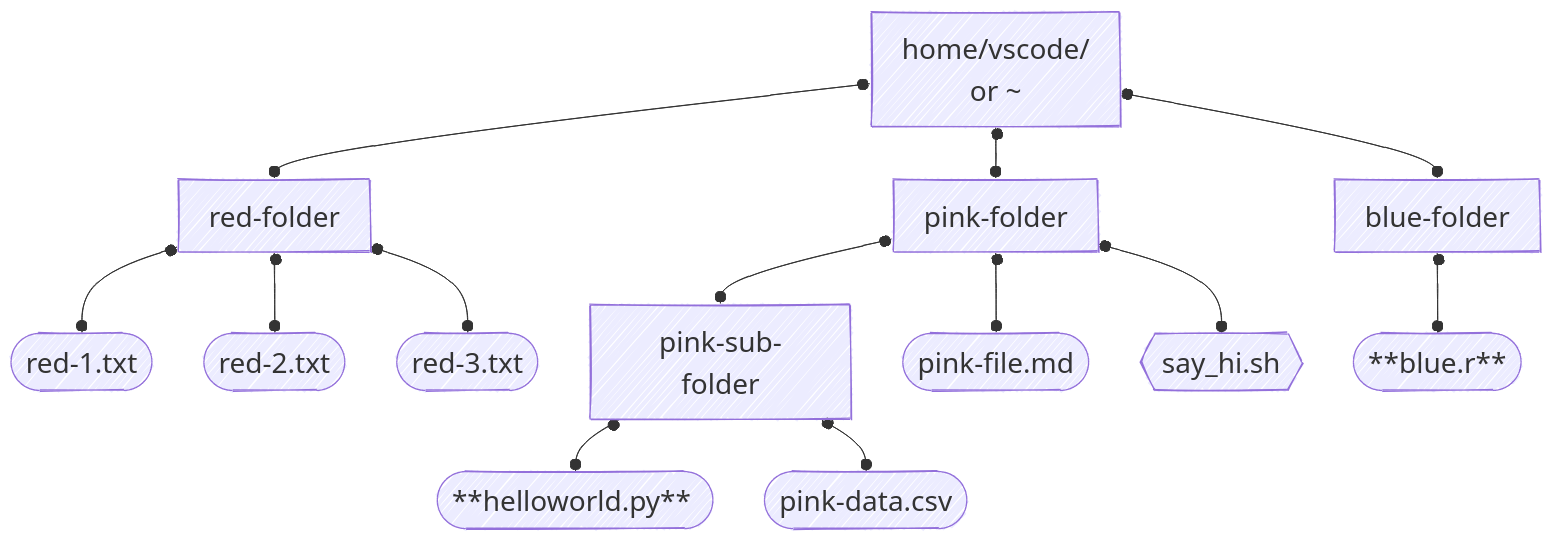
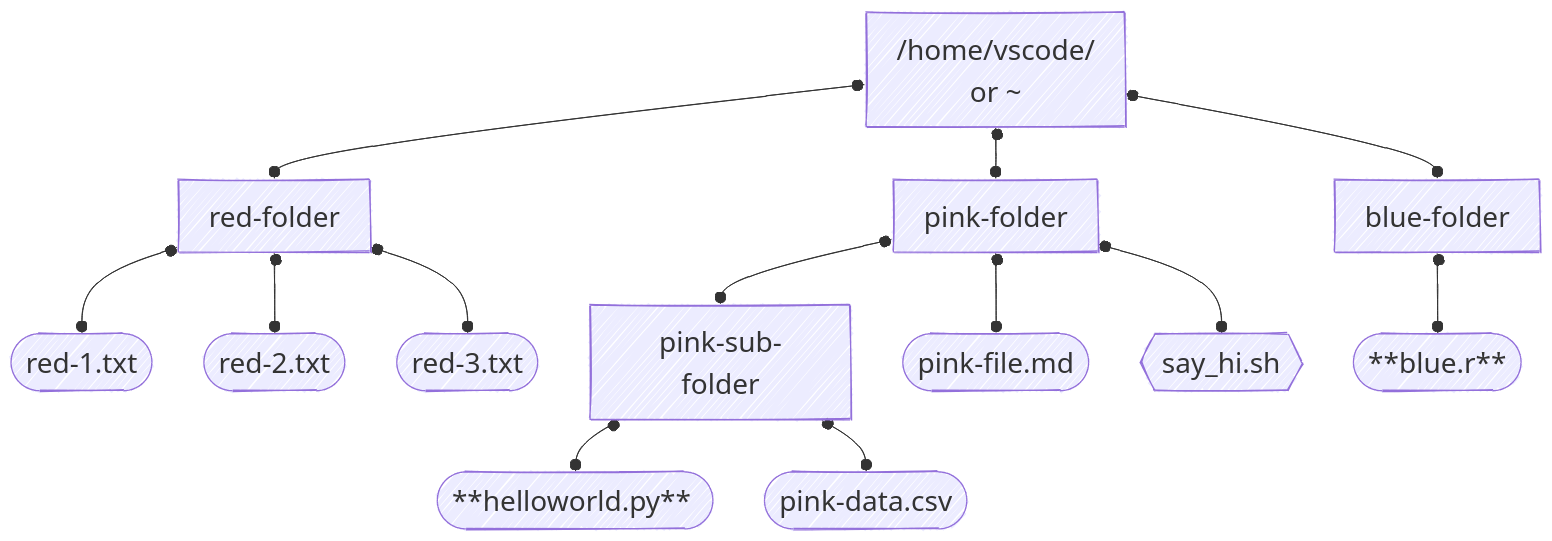
Diagram 13 of 23 in linux101.qmd (ARCTraining/rc-slides), drawn with Mermaid before and after one commit. The commit also changed other lines of this file, not shown here.

````diff
--- a/linux101.qmd
+++ b/linux101.qmd
@@ -493,27 +497,27 @@
 ```{mermaid}
 %%| fig-align: center
 %%| fig-width: 100%
 ---
 config:
   look: handDrawn
 ---
 %%{init: {'themeVariables': { 'fontSize': '28px'}}}%%
 flowchart TD
-    A["home/vscode/ <br> or ~"] o--o B[red-folder]
+    A["/home/vscode/ <br> or ~"] o--o B[red-folder]
     A o--o C[pink-folder]
     A o--o D[blue-folder]
 
     B o--o r1([red-1.txt ])
     B o--o r2([red-2.txt ])
     B o--o r3([red-3.txt ])
 
     C o--o P1[pink-sub-folder]
     C o--o p2(["pink-file.md <br>"])
     C o--o p3{{"say_hi.sh <br>"}}
 
     P1 o--o p4(["**helloworld.py** <br>"])
     P1 o--o p5(["pink-data.csv <br>"])
 
     D o--o b1(["**blue.r** <br>"])
 
 ```
````
